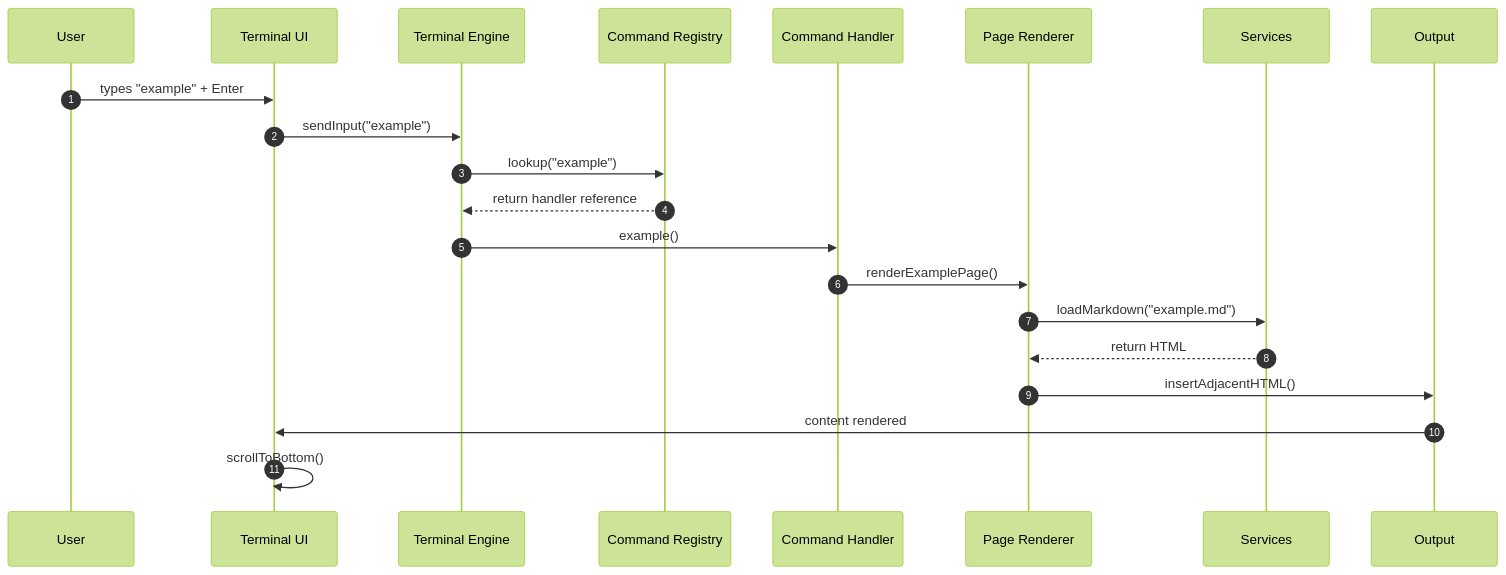
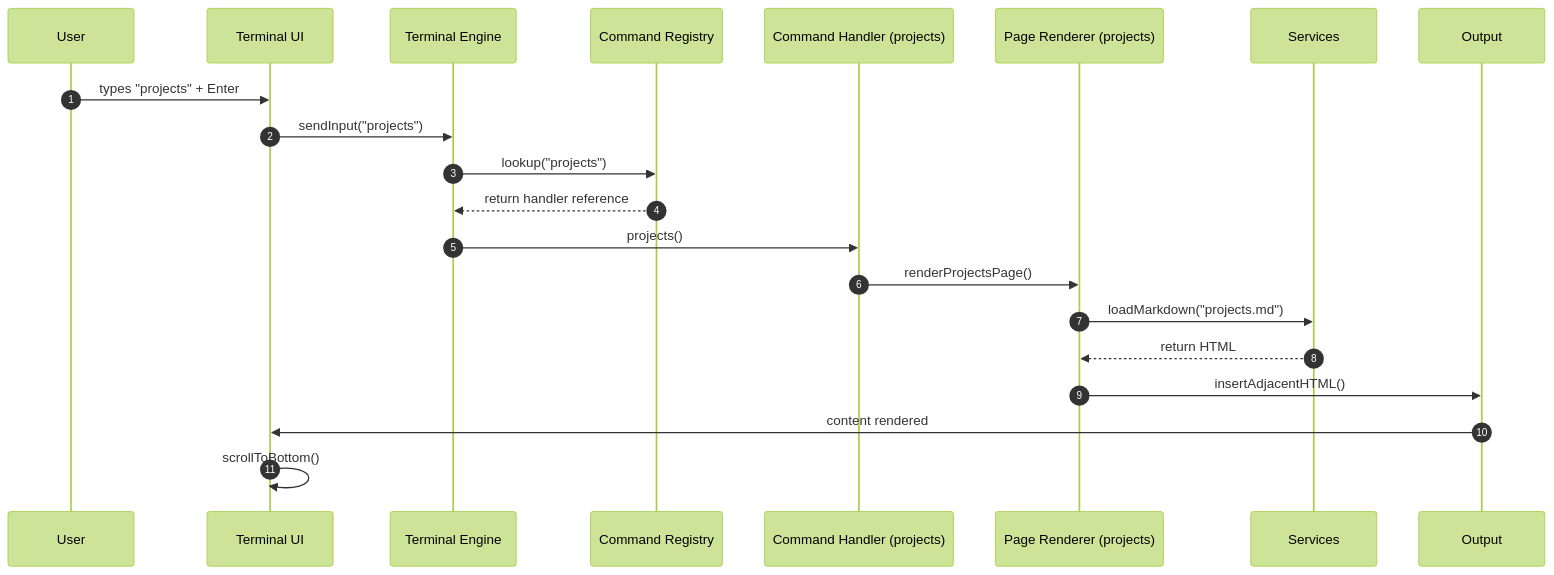
The second of 3 diagrams in README.md (rdw100/terminal-portfolio), drawn with Mermaid (forest theme) before and after one commit. The commit also changed other lines of this file and 1 other file, not shown here.

````diff
--- a/README.md
+++ b/README.md
@@ -283,25 +243,25 @@
 ```mermaid
 sequenceDiagram
     autonumber
 
     participant U as User
     participant T as Terminal UI
     participant E as Terminal Engine
     participant R as Command Registry
-    participant H as Command Handler
-    participant P as Page Renderer
+    participant H as Command Handler (projects)
+    participant P as Page Renderer (projects)
     participant S as Services
     participant O as Output
 
-    U->>T: types "example" + Enter
-    T->>E: sendInput("example")
-    E->>R: lookup("example")
+    U->>T: types "projects" + Enter
+    T->>E: sendInput("projects")
+    E->>R: lookup("projects")
     R-->>E: return handler reference
-    E->>H: example()
-    H->>P: renderExamplePage()
-    P->>S: loadMarkdown("example.md")
+    E->>H: projects()
+    H->>P: renderProjectsPage()
+    P->>S: loadMarkdown("projects.md")
     S-->>P: return HTML
     P->>O: insertAdjacentHTML()
     O->>T: content rendered
     T->>T: scrollToBottom()
 ```
````
